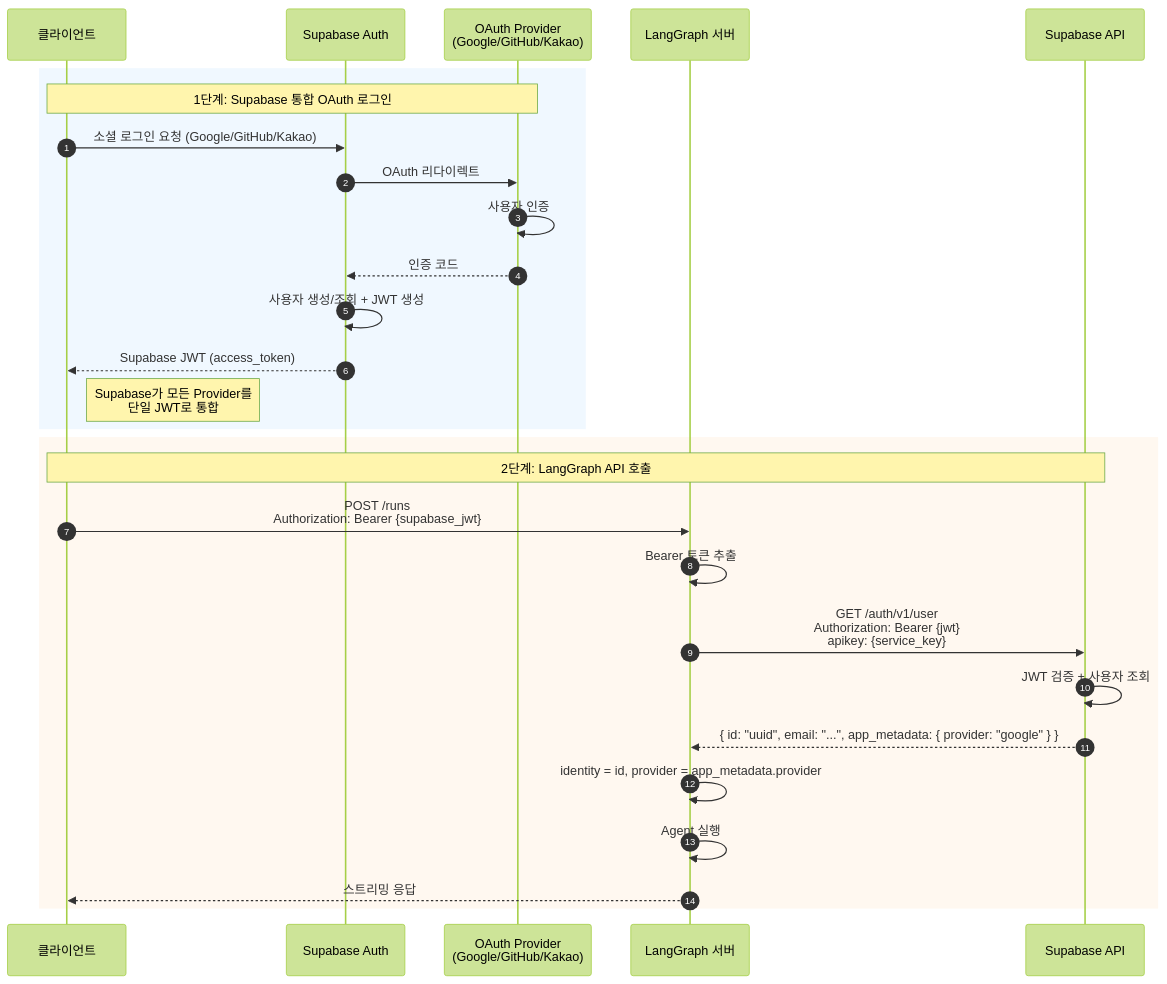
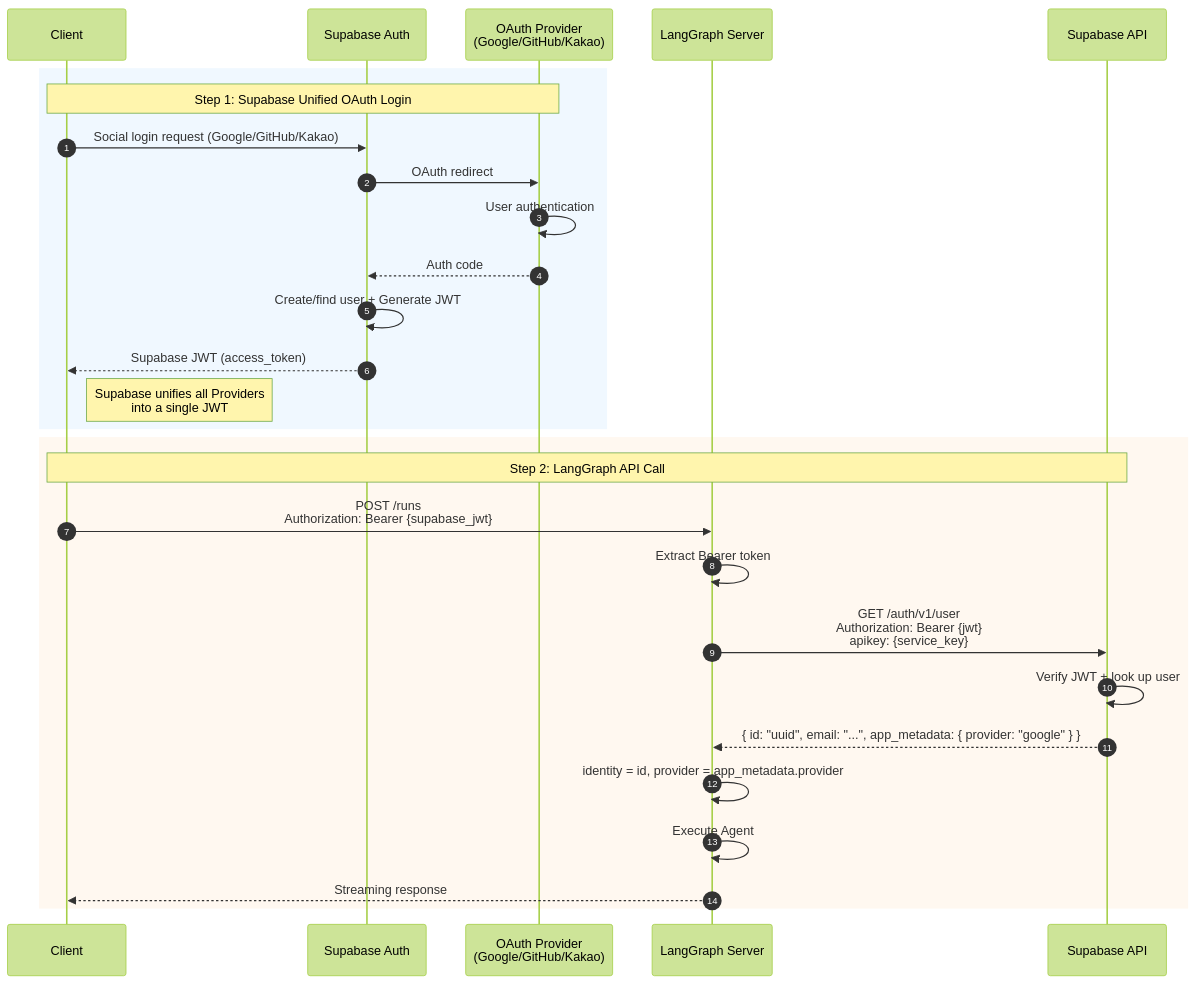
The fourth of 7 diagrams in docs/04-OAUTH-DIRECT.md (braincrew-lab/langgraph-chat-ui), drawn with Mermaid (forest theme) before and after one commit. The commit also changed other lines of this file and 24 other files, not shown here.

````diff
--- a/docs/04-OAUTH-DIRECT.md
+++ b/docs/04-OAUTH-DIRECT.md
@@ -297,32 +297,32 @@
 ```mermaid
 sequenceDiagram
     autonumber
-    participant Client as 클라이언트
+    participant Client as Client
     participant Supabase as Supabase Auth
     participant Provider as OAuth Provider<br/>(Google/GitHub/Kakao)
-    participant LangGraph as LangGraph 서버
+    participant LangGraph as LangGraph Server
     participant SupaAPI as Supabase API
 
     rect rgb(240, 248, 255)
-        Note over Client,Provider: 1단계: Supabase 통합 OAuth 로그인
-        Client->>Supabase: 소셜 로그인 요청 (Google/GitHub/Kakao)
-        Supabase->>Provider: OAuth 리다이렉트
-        Provider->>Provider: 사용자 인증
-        Provider-->>Supabase: 인증 코드
-        Supabase->>Supabase: 사용자 생성/조회 + JWT 생성
+        Note over Client,Provider: Step 1: Supabase Unified OAuth Login
+        Client->>Supabase: Social login request (Google/GitHub/Kakao)
+        Supabase->>Provider: OAuth redirect
+        Provider->>Provider: User authentication
+        Provider-->>Supabase: Auth code
+        Supabase->>Supabase: Create/find user + Generate JWT
         Supabase-->>Client: Supabase JWT (access_token)
-        Note right of Client: Supabase가 모든 Provider를<br/>단일 JWT로 통합
+        Note right of Client: Supabase unifies all Providers<br/>into a single JWT
     end
 
     rect rgb(255, 248, 240)
-        Note over Client,SupaAPI: 2단계: LangGraph API 호출
+        Note over Client,SupaAPI: Step 2: LangGraph API Call
         Client->>LangGraph: POST /runs<br/>Authorization: Bearer {supabase_jwt}
-        LangGraph->>LangGraph: Bearer 토큰 추출
+        LangGraph->>LangGraph: Extract Bearer token
         LangGraph->>SupaAPI: GET /auth/v1/user<br/>Authorization: Bearer {jwt}<br/>apikey: {service_key}
-        SupaAPI->>SupaAPI: JWT 검증 + 사용자 조회
+        SupaAPI->>SupaAPI: Verify JWT + look up user
         SupaAPI-->>LangGraph: { id: "uuid", email: "...", app_metadata: { provider: "google" } }
         LangGraph->>LangGraph: identity = id, provider = app_metadata.provider
-        LangGraph->>LangGraph: Agent 실행
-        LangGraph-->>Client: 스트리밍 응답
+        LangGraph->>LangGraph: Execute Agent
+        LangGraph-->>Client: Streaming response
     end
 ```
````
